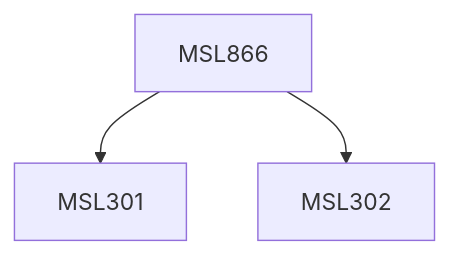
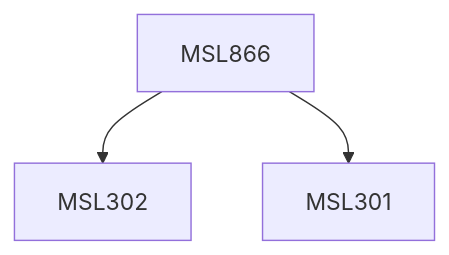
One commit to KeshavBansal0122/CoS_Website changed the diagram in content/Management Studies/MSL866.md. Above: the diagram before and after it, drawn with Mermaid. The commit also changed other lines of this file and 392 other files, not shown here.

````diff
--- a/content/Management Studies/MSL866.md
+++ b/content/Management Studies/MSL866.md
@@ -19,9 +19,9 @@
 ```mermaid
 flowchart TD
 MSL866-574[MSL866]
+MSL866-574 --> MSL302-574[MSL302]
 MSL866-574 --> MSL301-574[MSL301]
-MSL866-574 --> MSL302-574[MSL302]
 
 classDef empty height:17px, fill:transparent, stroke:transparent;
 classDef trueEmpty height:0px, width:0px;
 ```
````
